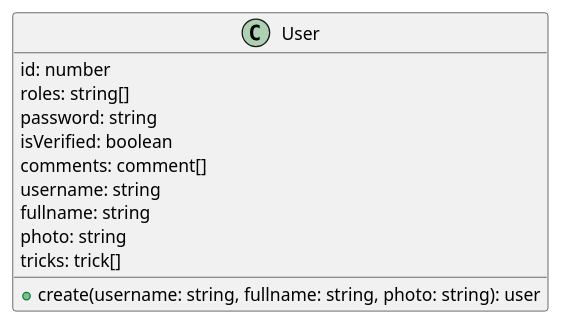
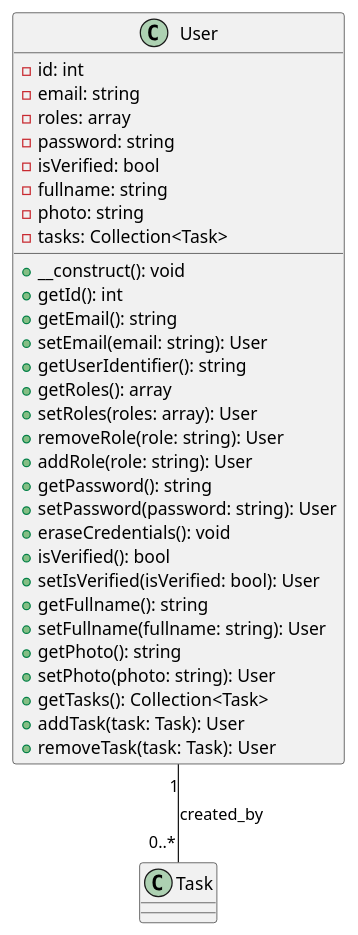
Before and after one commit to AlexMyddleware/p8-todo-from-scratch: the diagram in UML-PlantUml/Class diagram/user.puml, drawn with PlantUML. The commit also changed 2 other files, not shown here.

Commit message:
feat: user class diagram

```diff
--- a/UML-PlantUml/Class diagram/user.puml
+++ b/UML-PlantUml/Class diagram/user.puml
@@ -1,16 +1,37 @@
-@startuml User
+@startuml UserClassDiagram
 
 class User {
-  id: number
-  roles: string[]
-  password: string
-  isVerified: boolean
-  comments: comment[]
-  username: string
-  fullname: string
-  photo: string
-  tricks: trick[]
-  +create(username: string, fullname: string, photo: string): user
+    -id: int
+    -email: string
+    -roles: array
+    -password: string
+    -isVerified: bool
+    -fullname: string
+    -photo: string
+    -tasks: Collection<Task>
+    +__construct(): void
+    +getId(): int
+    +getEmail(): string
+    +setEmail(email: string): User
+    +getUserIdentifier(): string
+    +getRoles(): array
+    +setRoles(roles: array): User
+    +removeRole(role: string): User
+    +addRole(role: string): User
+    +getPassword(): string
+    +setPassword(password: string): User
+    +eraseCredentials(): void
+    +isVerified(): bool
+    +setIsVerified(isVerified: bool): User
+    +getFullname(): string
+    +setFullname(fullname: string): User
+    +getPhoto(): string
+    +setPhoto(photo: string): User
+    +getTasks(): Collection<Task>
+    +addTask(task: Task): User
+    +removeTask(task: Task): User
 }
 
+User "1" -- "0..*" Task : created_by
+
 @enduml
```
